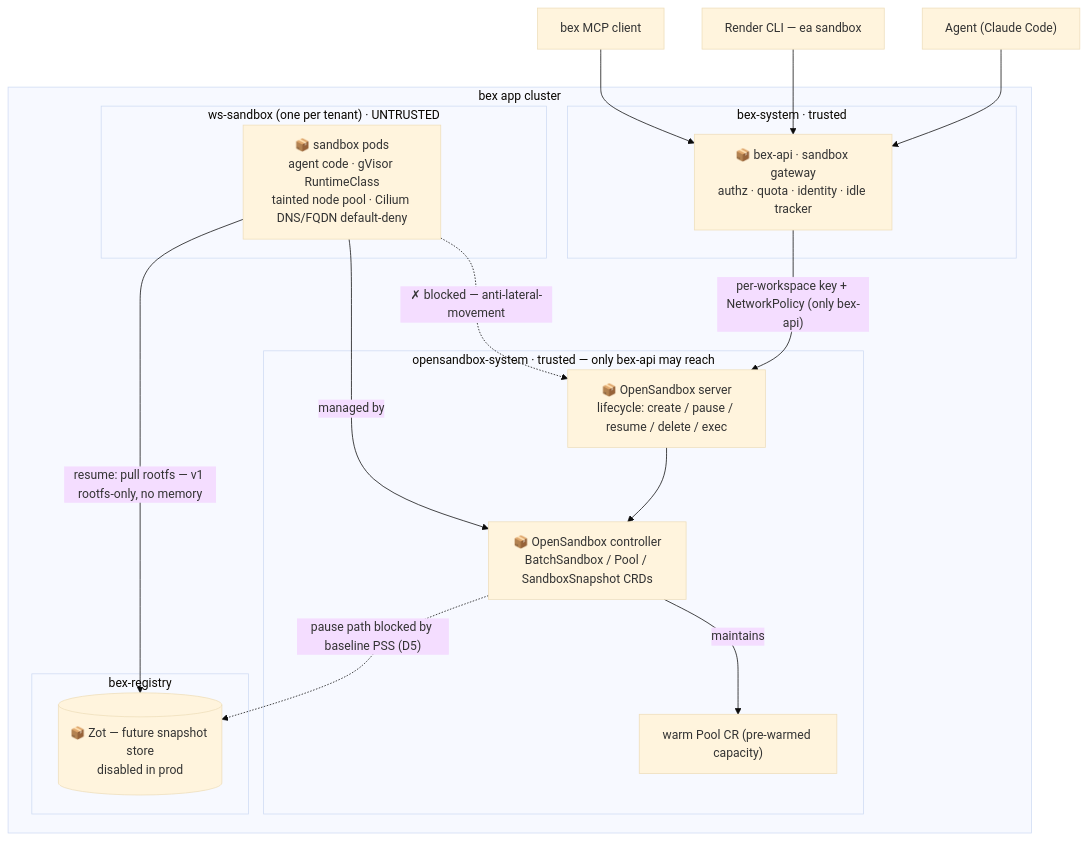
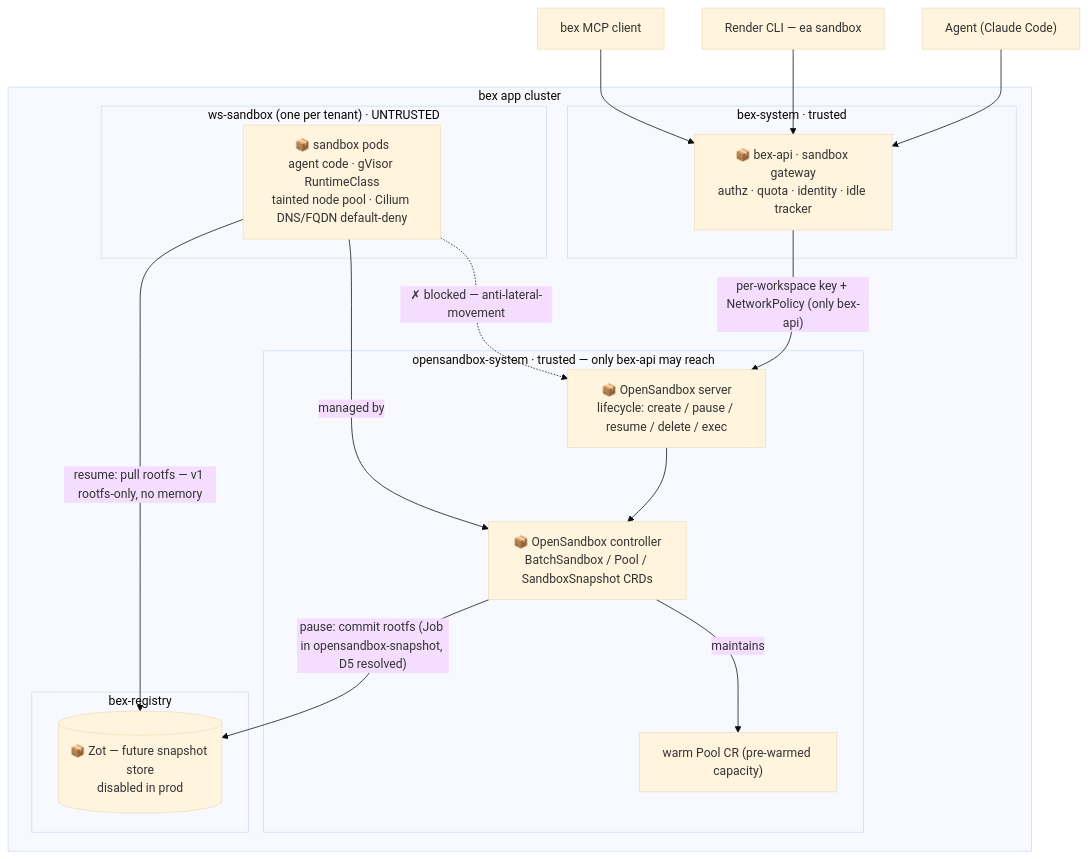
One commit to cuckoo-network/cuckoo changed the diagram in docs/ADR042-sandbox-cluster-substrate.md. Above: the diagram before and after it, drawn with Mermaid (base theme). The commit also changed other lines of this file and 9 other files, not shown here.

````diff
--- a/docs/ADR042-sandbox-cluster-substrate.md
+++ b/docs/ADR042-sandbox-cluster-substrate.md
@@ -104,34 +104,34 @@
 ```mermaid
 flowchart TB
   agent["Agent (Claude Code)"]
   cli["Render CLI — ea sandbox"]
   mcp["bex MCP client"]
 
   subgraph cluster["bex app cluster"]
     subgraph bexsys["bex-system · trusted"]
       api["📦 bex-api · sandbox gateway<br/>authz · quota · identity · idle tracker"]
     end
     subgraph ossys["opensandbox-system · trusted — only bex-api may reach"]
       osserver["📦 OpenSandbox server<br/>lifecycle: create / pause / resume / delete / exec"]
       ctrl["📦 OpenSandbox controller<br/>BatchSandbox / Pool / SandboxSnapshot CRDs"]
       pool["warm Pool CR (pre-warmed capacity)"]
     end
     subgraph sandboxns["ws-sandbox (one per tenant) · UNTRUSTED"]
       sbx["📦 sandbox pods<br/>agent code · gVisor RuntimeClass<br/>tainted node pool · Cilium DNS/FQDN default-deny"]
     end
     subgraph regns["bex-registry"]
       zot[("📦 Zot — future snapshot store<br/>disabled in prod")]
     end
   end
 
   agent --> api
   cli --> api
   mcp --> api
   api -->|"per-workspace key + NetworkPolicy (only bex-api)"| osserver
   osserver --> ctrl
   sbx -->|"managed by"| ctrl
   ctrl -->|"maintains"| pool
-  ctrl -.->|"pause path blocked by baseline PSS (D5)"| zot
+  ctrl -->|"pause: commit rootfs (Job in opensandbox-snapshot, D5 resolved)"| zot
   sbx -->|"resume: pull rootfs — v1 rootfs-only, no memory"| zot
   sbx -.->|"✗ blocked — anti-lateral-movement"| osserver
 ```
````
